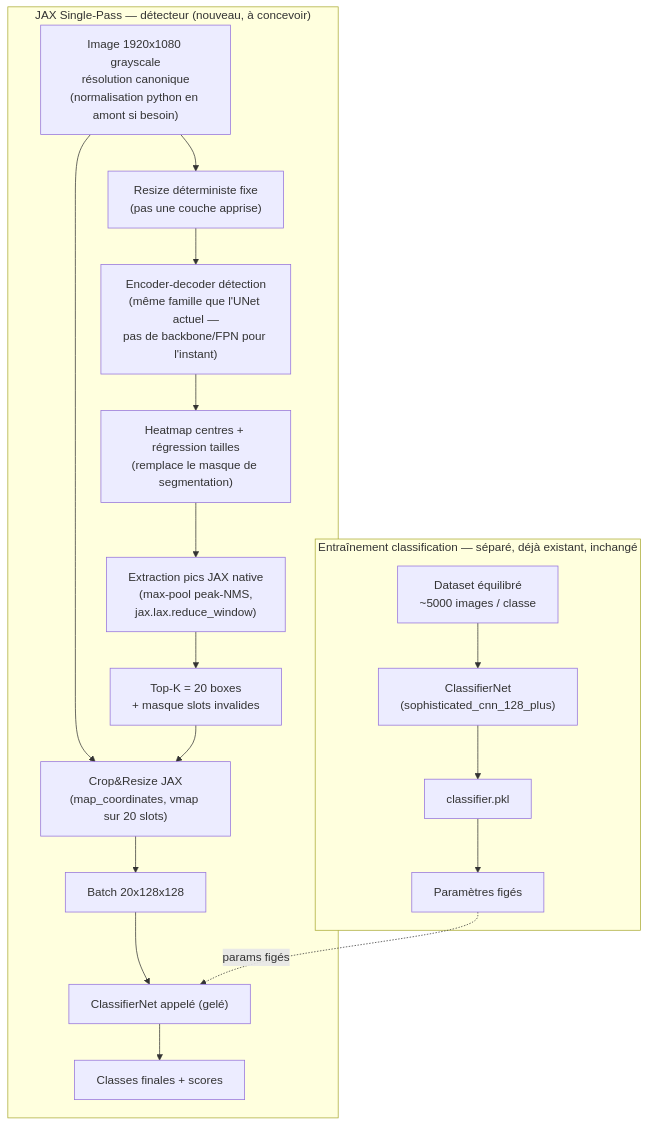
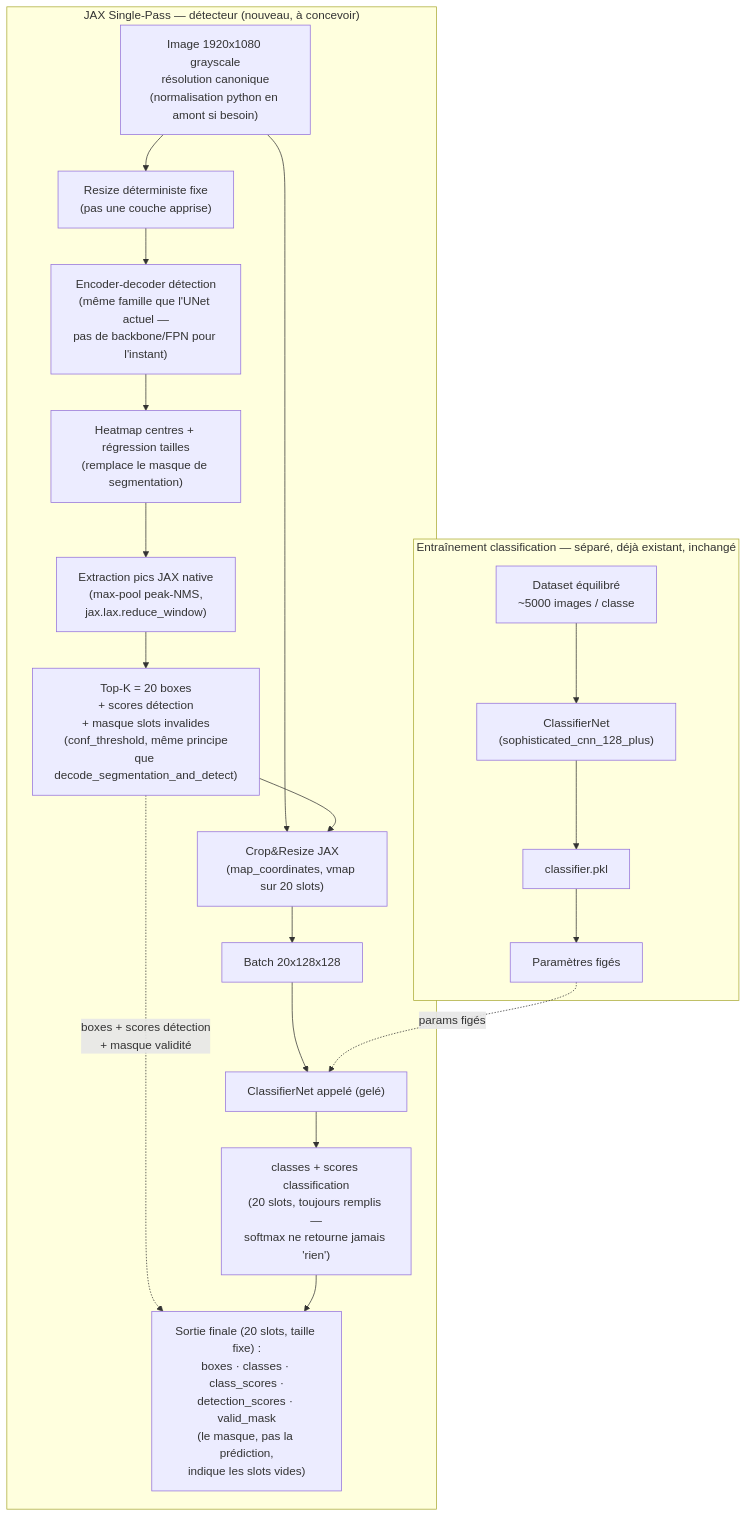
The diagram in _bmad-output/planning-artifacts/notes-jax-single-pass.md (aobled/jax_supervised_training), drawn with Mermaid before and after one commit. The commit also changed other lines of this file and 1 other file, not shown here.

Commit message:
Fix diagram: surface valid_mask and box coordinates in final output
User caught a real gap: the diagram only showed box coordinates and
the validity mask feeding the crop step internally, not carried
through to the final output. Clarified the mechanism: a softmax
classifier always returns a full prediction for whatever crop it's
given (including background noise), so "empty slot" can't be encoded
as a zero prediction - it needs a separate valid_mask, derived from
the detection heatmap peak score thresholded against conf_threshold
(same concept already used in decode_segmentation_and_detect today,
just computed per-peak instead of per-contour-area).

Final output contract now: boxes, classes, class_scores,
detection_scores, valid_mask - all 20 slots, fixed size. Synced both
notes-jax-single-pass.md's embedded diagram and Aymeric's standalone
jax-single-pass.mmd copy.

````diff
--- a/_bmad-output/planning-artifacts/notes-jax-single-pass.md
+++ b/_bmad-output/planning-artifacts/notes-jax-single-pass.md
@@ -111,24 +111,26 @@
 ```mermaid
 flowchart TB
     subgraph TRAIN["Entraînement classification — séparé, déjà existant, inchangé"]
         DS["Dataset équilibré<br/>~5000 images / classe"]
         DS --> CLF["ClassifierNet<br/>(sophisticated_cnn_128_plus)"]
         CLF --> PKL["classifier.pkl"]
         PKL --> FROZEN["Paramètres figés"]
     end
 
     subgraph DETECT["JAX Single-Pass — détecteur (nouveau, à concevoir)"]
         IMG["Image 1920x1080 grayscale<br/>résolution canonique<br/>(normalisation python en amont si besoin)"]
         IMG --> RESIZE["Resize déterministe fixe<br/>(pas une couche apprise)"]
         RESIZE --> ENC["Encoder-decoder détection<br/>(même famille que l'UNet actuel —<br/>pas de backbone/FPN pour l'instant)"]
         ENC --> HM["Heatmap centres + régression tailles<br/>(remplace le masque de segmentation)"]
         HM --> PEAK["Extraction pics JAX native<br/>(max-pool peak-NMS,<br/>jax.lax.reduce_window)"]
-        PEAK --> TOPK["Top-K = 20 boxes<br/>+ masque slots invalides"]
+        PEAK --> TOPK["Top-K = 20 boxes<br/>+ scores détection<br/>+ masque slots invalides<br/>(conf_threshold, même principe<br/>que decode_segmentation_and_detect)"]
         IMG --> CROP["Crop&Resize JAX<br/>(map_coordinates, vmap sur 20 slots)"]
         TOPK --> CROP
         CROP --> BATCH["Batch 20x128x128"]
         BATCH --> CLFCALL["ClassifierNet appelé (gelé)"]
         FROZEN -.params figés.-> CLFCALL
-        CLFCALL --> OUT["Classes finales + scores"]
+        CLFCALL --> CLSOUT["classes + scores classification<br/>(20 slots, toujours remplis —<br/>softmax ne retourne jamais 'rien')"]
+        TOPK -."boxes + scores détection<br/>+ masque validité".-> OUT
+        CLSOUT --> OUT["Sortie finale (20 slots, taille fixe) :<br/>boxes · classes · class_scores ·<br/>detection_scores · valid_mask<br/>(le masque, pas la prédiction,<br/>indique les slots vides)"]
     end
 ```
````
